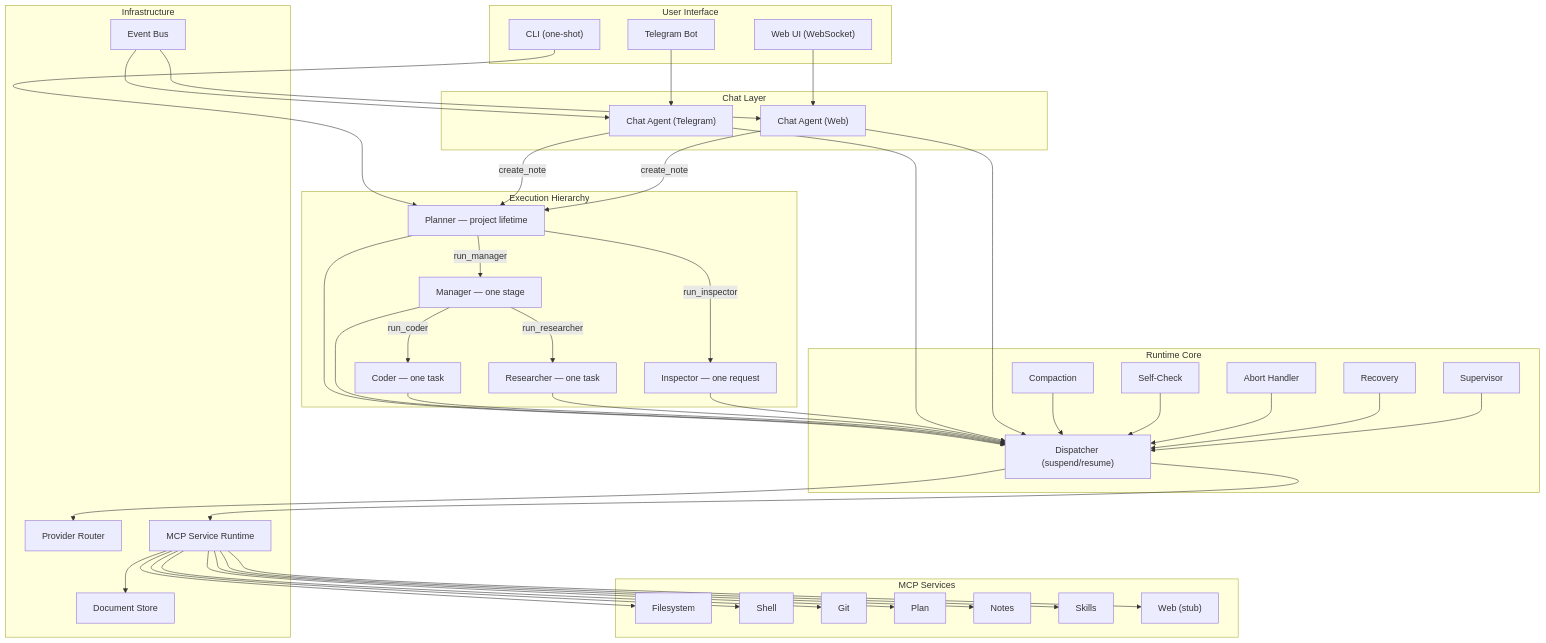
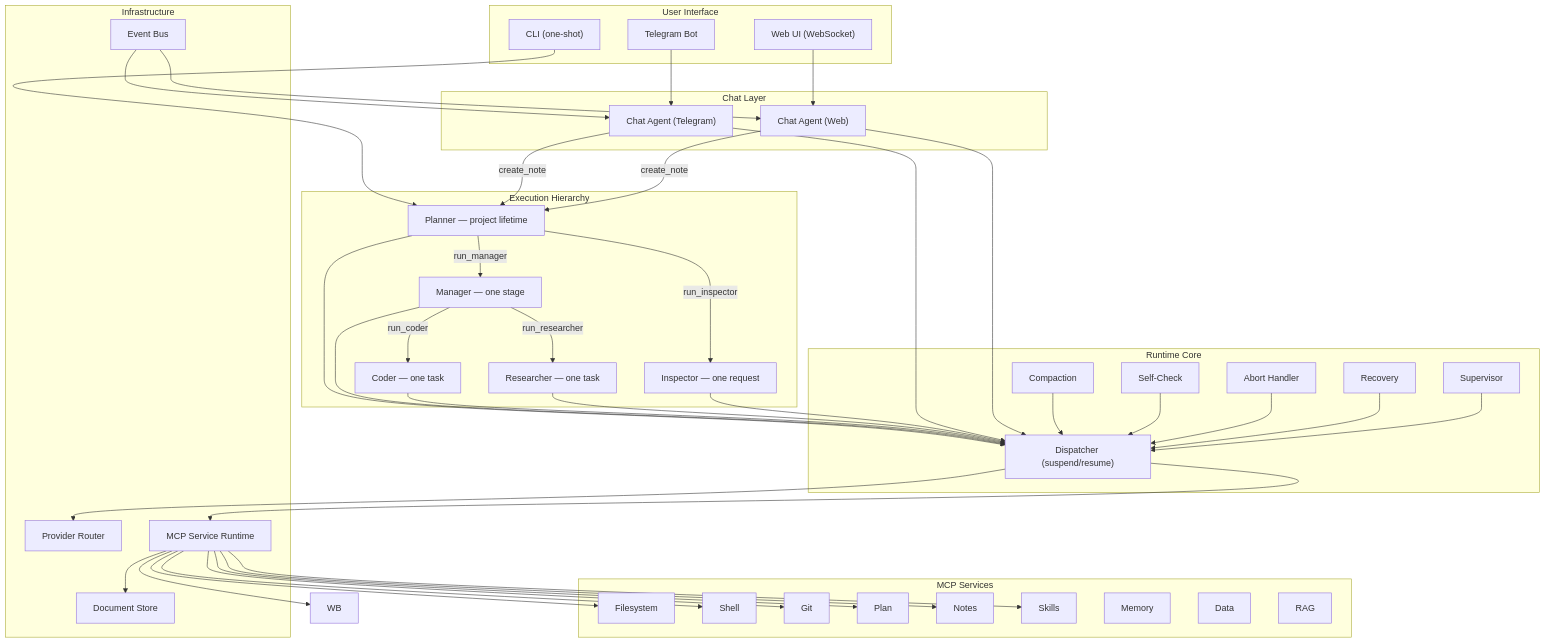
Before and after one commit to salva/saivage: the first of 7 diagrams in docs/internals/architecture.md, drawn with Mermaid. The commit also changed other lines of this file and 96 other files, not shown here.

````diff
--- a/docs/internals/architecture.md
+++ b/docs/internals/architecture.md
@@ -37,70 +37,72 @@
 ```mermaid
 graph TB
     subgraph "User Interface"
         TG["Telegram Bot"]
         WEB["Web UI (WebSocket)"]
         CLI["CLI (one-shot)"]
     end
 
     subgraph "Chat Layer"
         CT["Chat Agent (Telegram)"]
         CW["Chat Agent (Web)"]
     end
 
     subgraph "Execution Hierarchy"
         PL["Planner — project lifetime"]
         MG["Manager — one stage"]
         CD["Coder — one task"]
         RS["Researcher — one task"]
         IN["Inspector — one request"]
     end
 
     subgraph "Runtime Core"
         DISP["Dispatcher (suspend/resume)"]
         COMP["Compaction"]
         SC["Self-Check"]
         ABORT["Abort Handler"]
         REC["Recovery"]
         SUP["Supervisor"]
     end
 
     subgraph "Infrastructure"
         LLM["Provider Router"]
         MCP["MCP Service Runtime"]
         EBUS["Event Bus"]
         STORE["Document Store"]
     end
 
     subgraph "MCP Services"
         FS["Filesystem"]
         SH["Shell"]
         GIT["Git"]
         PLAN["Plan"]
         NOTES["Notes"]
         SK["Skills"]
-        WB["Web (stub)"]
+        MEM["Memory"]
+        DATA["Data"]
+        RAG["RAG"]
     end
 
     TG --> CT
     WEB --> CW
     CLI --> PL
     CT -->|create_note| PL
     CW -->|create_note| PL
     PL -->|run_manager| MG
     PL -->|run_inspector| IN
     MG -->|run_coder| CD
     MG -->|run_researcher| RS
 
     PL & MG & CD & RS & IN & CT & CW --> DISP
     DISP --> LLM
     DISP --> MCP
     COMP --> DISP
     SC --> DISP
     ABORT --> DISP
     REC --> DISP
     SUP --> DISP
 
     MCP --> FS & SH & GIT & PLAN & NOTES & SK & WB
     MCP --> STORE
     EBUS --> CT & CW
 ```
````
